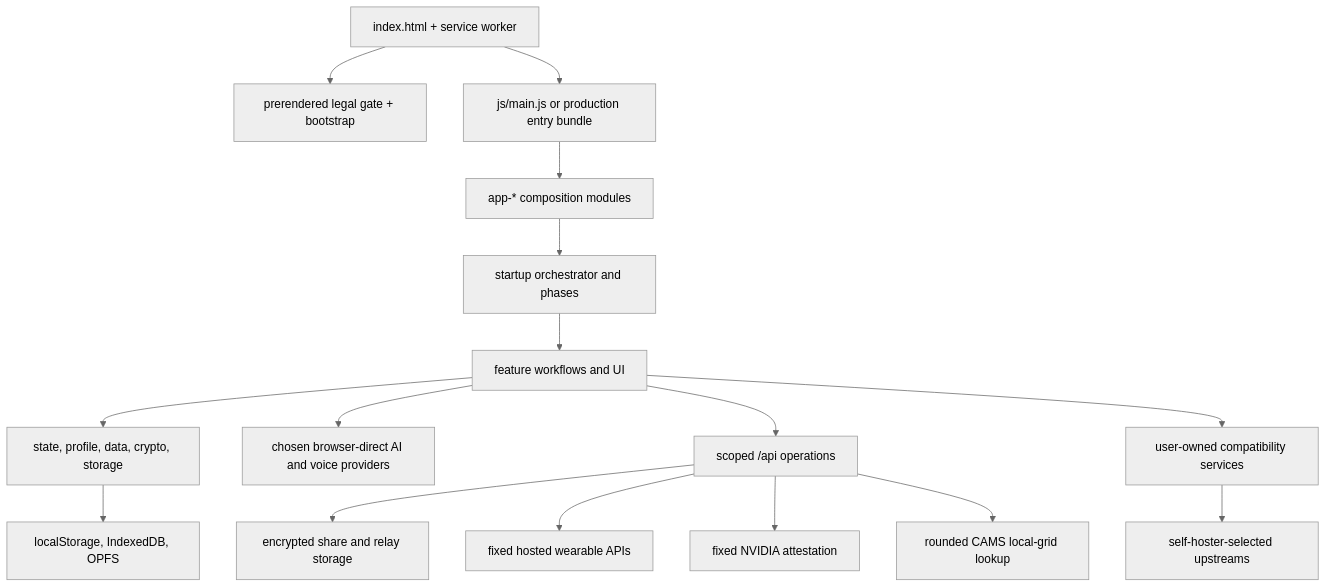
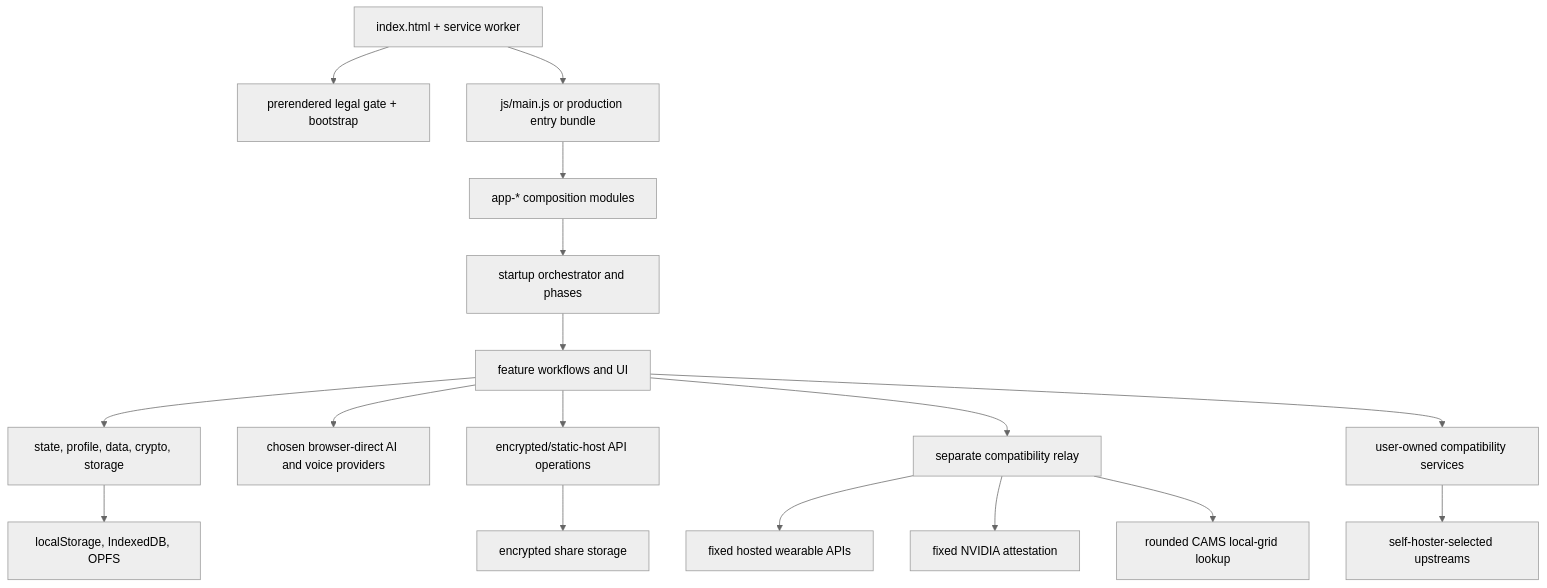
Before and after one commit to elkimek/get-based: the diagram in ARCHITECTURE.md, drawn with Mermaid (neutral theme). The commit also changed other lines of this file and 42 other files, not shown here.

First line of the commit message:
Move hosted compatibility relay to dedicated VPS service (#1568)

````diff
--- a/ARCHITECTURE.md
+++ b/ARCHITECTURE.md
@@ -34,18 +35,19 @@
 ```mermaid
 flowchart TD
   HTML[index.html + service worker] --> Legal[prerendered legal gate + bootstrap]
   HTML --> Main[js/main.js or production entry bundle]
   Main --> Composition[app-* composition modules]
   Composition --> Startup[startup orchestrator and phases]
   Startup --> Features[feature workflows and UI]
   Features --> Foundation[state, profile, data, crypto, storage]
   Foundation --> BrowserStorage[localStorage, IndexedDB, OPFS]
   Features --> Direct[chosen browser-direct AI and voice providers]
-  Features --> Hosted[scoped /api operations]
-  Hosted --> Ciphertext[encrypted share and relay storage]
-  Hosted --> Wearables[fixed hosted wearable APIs]
-  Hosted --> Attestation[fixed NVIDIA attestation]
-  Hosted --> Cams[rounded CAMS local-grid lookup]
+  Features --> Vercel[encrypted/static-host API operations]
+  Vercel --> Ciphertext[encrypted share storage]
+  Features --> Compatibility[separate compatibility relay]
+  Compatibility --> Wearables[fixed hosted wearable APIs]
+  Compatibility --> Attestation[fixed NVIDIA attestation]
+  Compatibility --> Cams[rounded CAMS local-grid lookup]
   Features --> SelfHost[user-owned compatibility services]
   SelfHost --> Upstreams[self-hoster-selected upstreams]
 ```
````
